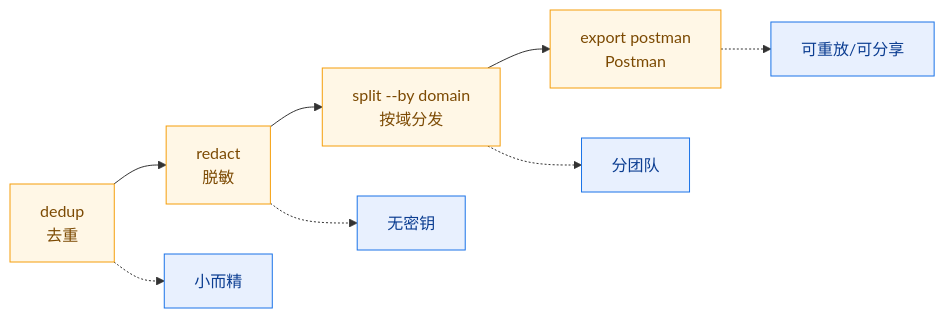
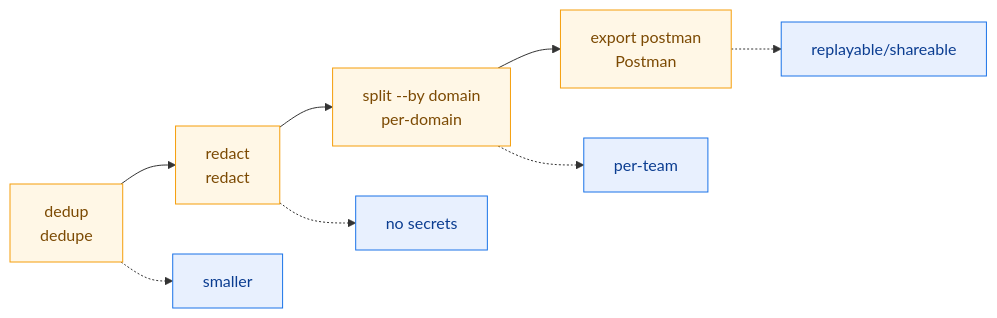
Before and after one commit to hitechcloud-vietnam/har-skills: the second of 2 diagrams in website/zh/workflows/data-cleaning.md, drawn with Mermaid. The commit also changed other lines of this file and 97 other files, not shown here.

````diff
--- a/website/zh/workflows/data-cleaning.md
+++ b/website/zh/workflows/data-cleaning.md
@@ -299,13 +303,13 @@
 ```mermaid
 flowchart LR
-    DD["dedup<br/>去重"]:::step --> RD["redact<br/>脱敏"]:::step
-    RD --> SP["split --by domain<br/>按域分发"]:::step
+    DD["dedup<br/>dedupe"]:::step --> RD["redact<br/>redact"]:::step
+    RD --> SP["split --by domain<br/>per-domain"]:::step
     SP --> EX["export postman<br/>Postman"]:::step
-    DD -.-> O1["小而精"]:::out
-    RD -.-> O2["无密钥"]:::out
-    SP -.-> O3["分团队"]:::out
-    EX -.-> O4["可重放/可分享"]:::out
+    DD -.-> O1["smaller"]:::out
+    RD -.-> O2["no secrets"]:::out
+    SP -.-> O3["per-team"]:::out
+    EX -.-> O4["replayable/shareable"]:::out
 
     classDef step fill:#fff7e6,stroke:#f59e0b,color:#7c4a03
     classDef out fill:#e8f0fe,stroke:#1a73e8,color:#0b3d91
 ```
````
